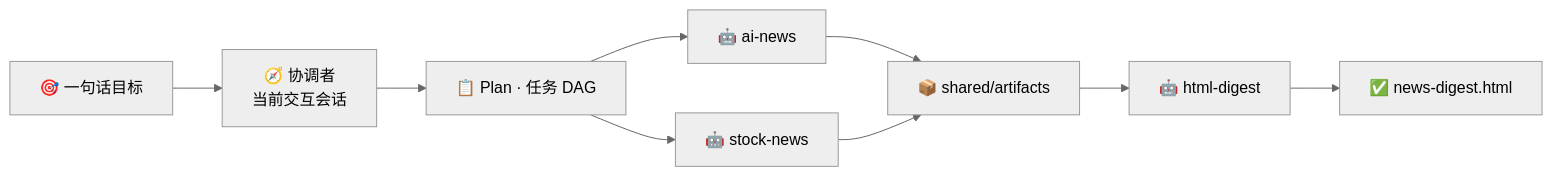
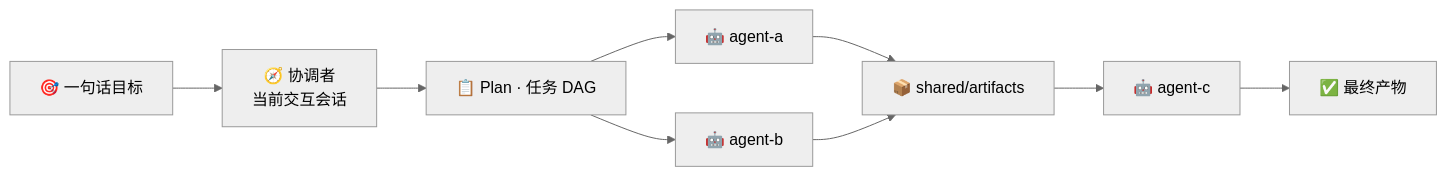
The diagram in README.md (jingpeng3/MyTeam), drawn with Mermaid (neutral theme) before and after one commit. The commit also changed other lines of this file and 4 other files, not shown here.

````diff
--- a/README.md
+++ b/README.md
@@ -63,11 +67,11 @@
 ```mermaid
 flowchart LR
     goal["🎯 一句话目标"] --> coord["🧭 协调者<br/>当前交互会话"]
     coord --> plan["📋 Plan · 任务 DAG"]
-    plan --> w1["🤖 ai-news"]
-    plan --> w2["🤖 stock-news"]
+    plan --> w1["🤖 agent-a"]
+    plan --> w2["🤖 agent-b"]
     w1 --> art["📦 shared/artifacts"]
     w2 --> art
-    art --> w3["🤖 html-digest"]
-    w3 --> out["✅ news-digest.html"]
+    art --> w3["🤖 agent-c"]
+    w3 --> out["✅ 最终产物"]
 ```
````
